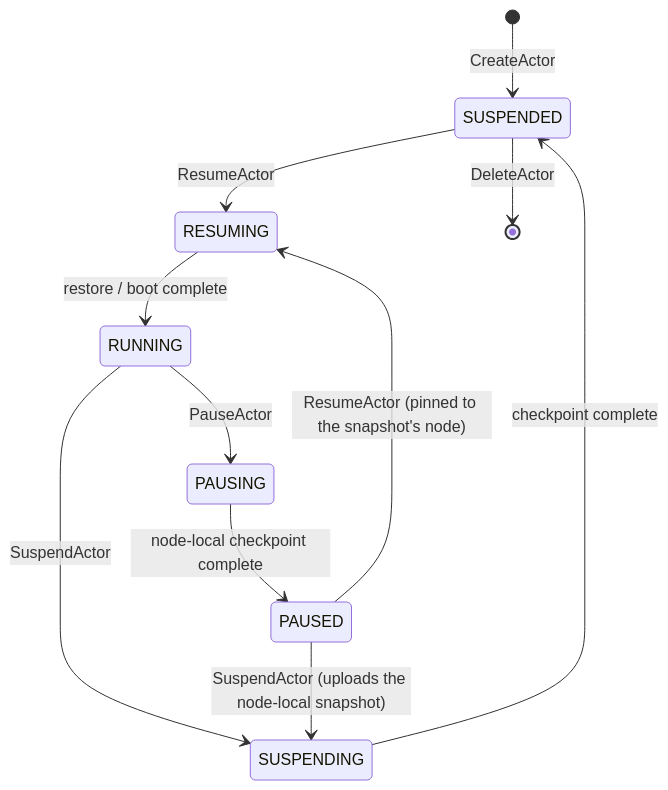
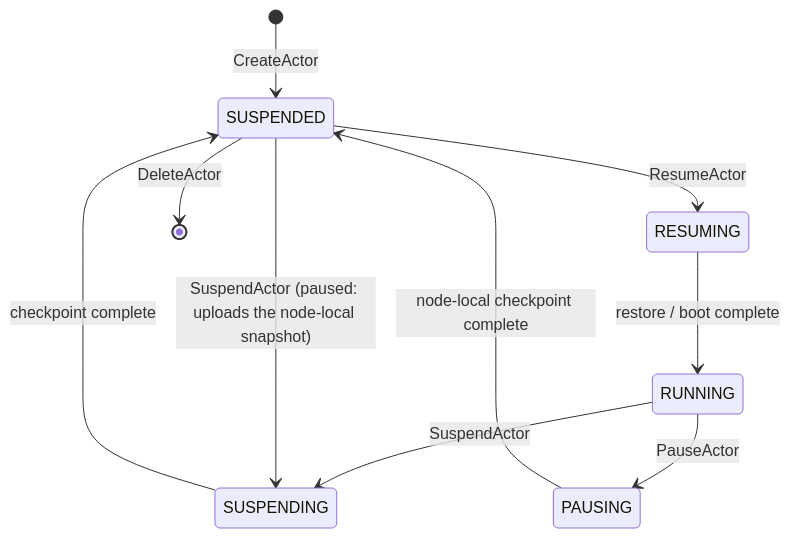
The third of 3 diagrams in docs/architecture.md (agent-substrate/substrate), drawn with Mermaid before and after one commit. The commit also changed other lines of this file and 21 other files, not shown here.

````diff
--- a/docs/architecture.md
+++ b/docs/architecture.md
@@ -417,13 +417,12 @@
 ```mermaid
 stateDiagram-v2
     [*] --> SUSPENDED : CreateActor
     SUSPENDED --> RESUMING : ResumeActor
     RESUMING --> RUNNING : restore / boot complete
     RUNNING --> SUSPENDING : SuspendActor
     SUSPENDING --> SUSPENDED : checkpoint complete
     RUNNING --> PAUSING : PauseActor
-    PAUSING --> PAUSED : node-local checkpoint complete
-    PAUSED --> RESUMING : ResumeActor (pinned to the snapshot's node)
-    PAUSED --> SUSPENDING : SuspendActor (uploads the node-local snapshot)
+    PAUSING --> SUSPENDED : node-local checkpoint complete
+    SUSPENDED --> SUSPENDING : SuspendActor (paused: uploads the node-local snapshot)
     SUSPENDED --> [*] : DeleteActor
 ```
````
